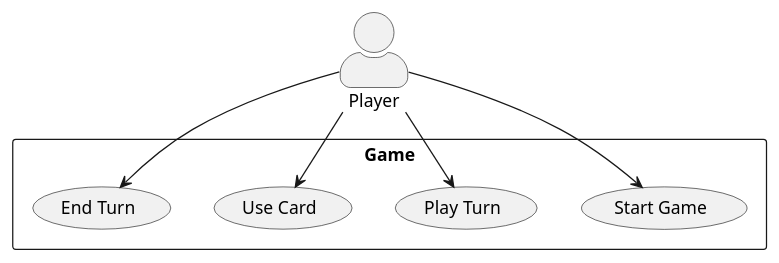
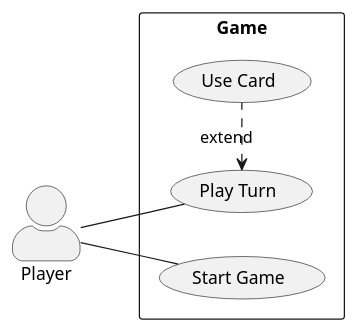
The diagram in Projeto FInal/UML/Use Case Diagram.puml (ciceroed/POO), drawn with PlantUML before and after one commit. The commit also changed 14 other files, not shown here.

```diff
--- a/Projeto FInal/UML/Use Case Diagram.puml
+++ b/Projeto FInal/UML/Use Case Diagram.puml
@@ -1,19 +1,21 @@
 @startuml usecase-diagram
 
 skinparam actorStyle awesome
+left to right direction
 
 actor Player
 
+' Sistema
 rectangle Game {
+    ' Casos de uso
     usecase "Start Game" as UC1
     usecase "Play Turn" as UC2
     usecase "Use Card" as UC3
-    usecase "End Turn" as UC4
 }
 
-Player --> UC1
-Player --> UC2
-Player --> UC3
-Player --> UC4
+' Relacionamentos
+:Player: -- (UC1)
+:Player: -- (UC2)
+(UC2) <. (UC3) : extend
 
 @enduml
```
